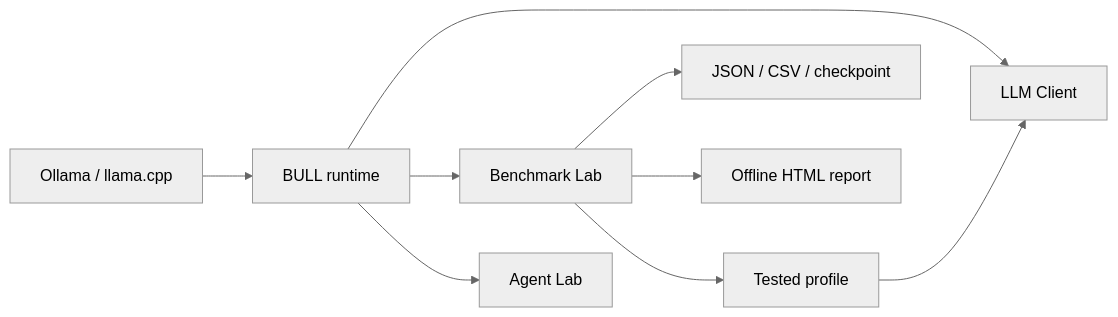
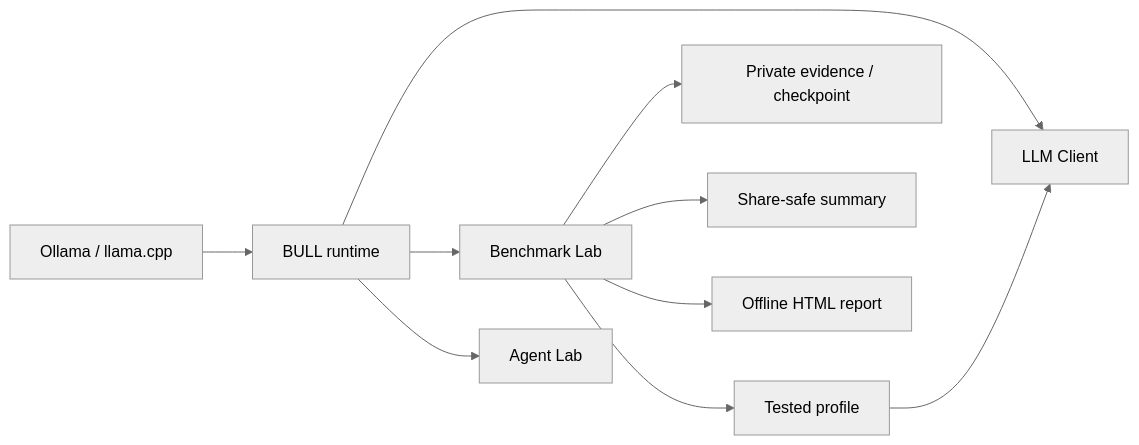
The diagram in README.md (MrChronon/bull), drawn with Mermaid (neutral theme) before and after one commit. The commit also changed other lines of this file and 49 other files, not shown here.

````diff
--- a/README.md
+++ b/README.md
@@ -95,11 +95,12 @@
 ```mermaid
 flowchart LR
     M[Ollama / llama.cpp] --> R[BULL runtime]
     R --> C[LLM Client]
     R --> L[Benchmark Lab]
     R --> A[Agent Lab]
-    L --> J[JSON / CSV / checkpoint]
+    L --> J[Private evidence / checkpoint]
+    L --> S[Share-safe summary]
     L --> H[Offline HTML report]
     L --> P[Tested profile]
     P --> C
 ```
````
